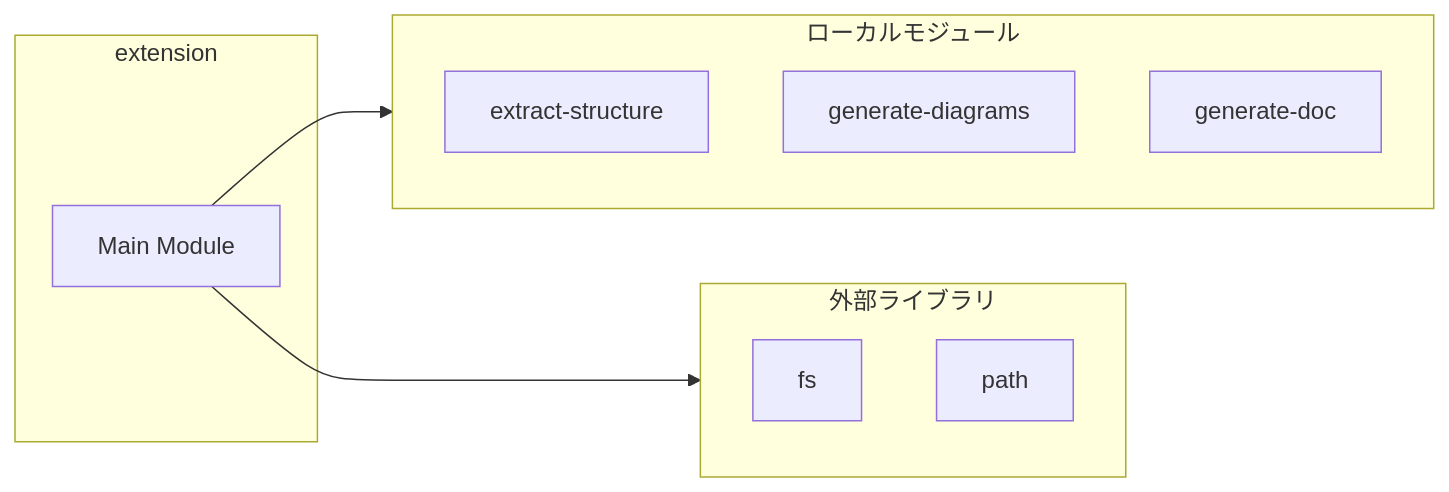
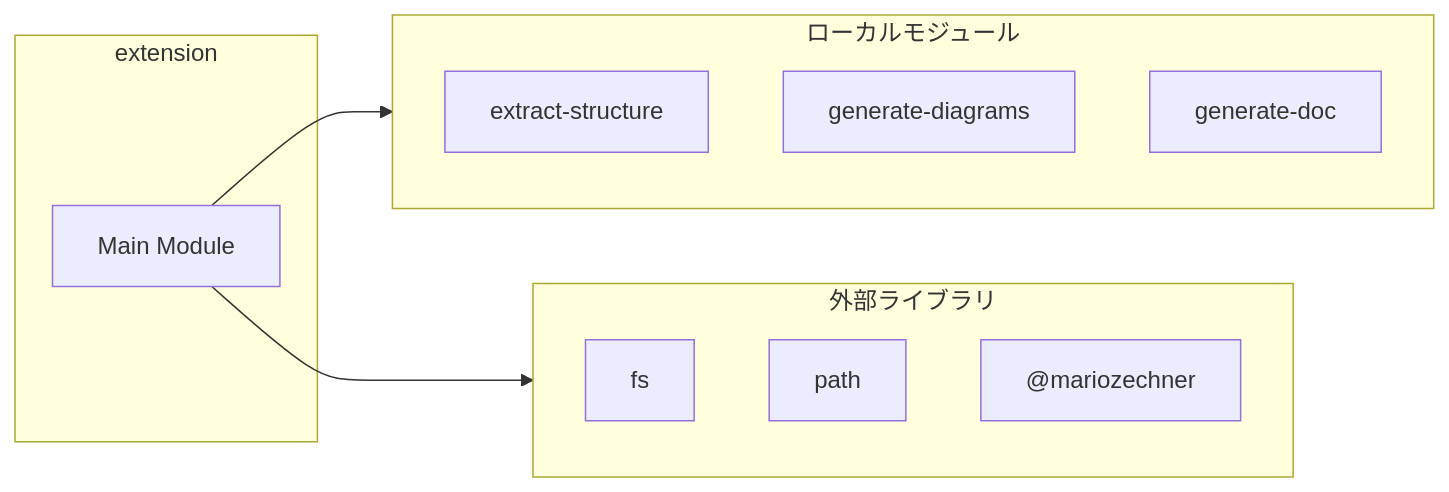
The sixth of 8 diagrams in ABDD/.pi/extensions/code-structure-analyzer/extension.md (Mekann2904/mekann), drawn with Mermaid before and after one commit. The commit also changed other lines of this file and 205 other files, not shown here.

````diff
--- a/ABDD/.pi/extensions/code-structure-analyzer/extension.md
+++ b/ABDD/.pi/extensions/code-structure-analyzer/extension.md
@@ -62,17 +182,19 @@
 ```mermaid
 flowchart LR
   subgraph this[extension]
     main[Main Module]
   end
   subgraph local[ローカルモジュール]
     extract_structure["extract-structure"]
     generate_diagrams["generate-diagrams"]
     generate_doc["generate-doc"]
   end
   main --> local
   subgraph external[外部ライブラリ]
     fs["fs"]
     path["path"]
+    _mariozechner["@mariozechner"]
+    _mariozechner["@mariozechner"]
   end
   main --> external
 ```
````
